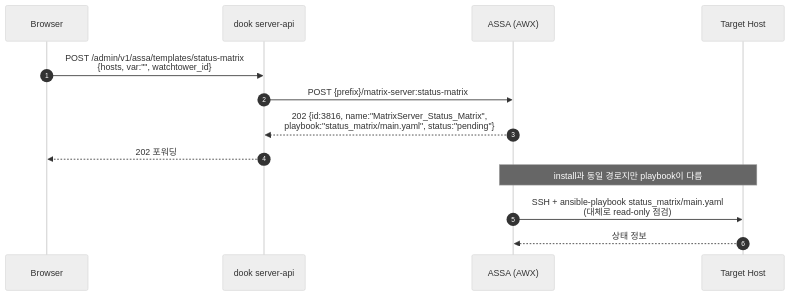
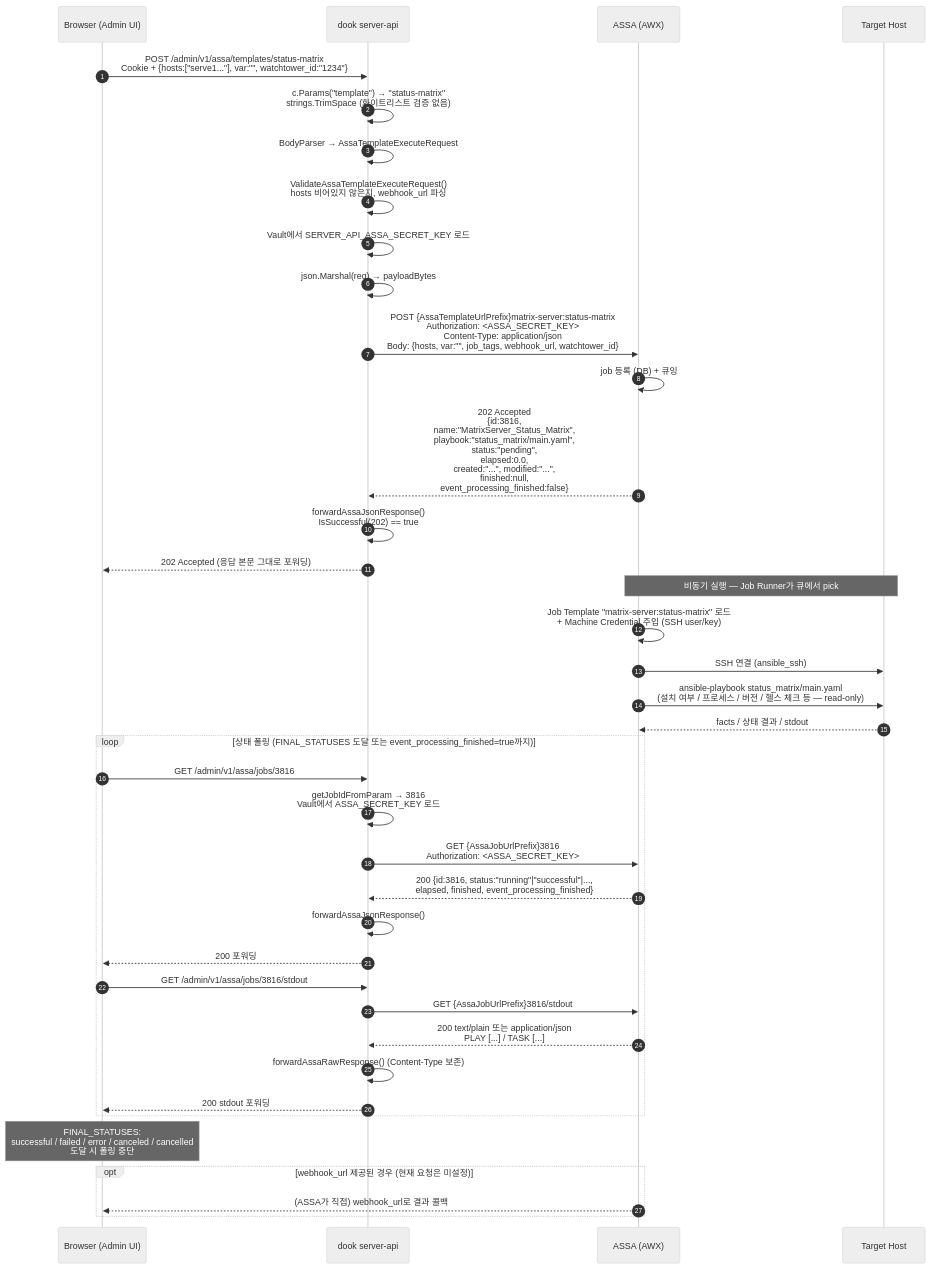
One commit to noah8719/other changed the third of 4 diagrams in matrix-template-execution.md. Above: the diagram before and after it, drawn with Mermaid (neutral theme). The commit also changed other lines of this file, not shown here.

````diff
--- a/matrix-template-execution.md
+++ b/matrix-template-execution.md
@@ -138,17 +138,47 @@
 ```mermaid
 sequenceDiagram
     autonumber
-    participant B as Browser
+    participant B as Browser (Admin UI)
     participant D as dook server-api
     participant A as ASSA (AWX)
     participant H as Target Host
 
-    B->>D: POST /admin/v1/assa/templates/status-matrix<br/>{hosts, var:"", watchtower_id}
-    D->>A: POST {prefix}/matrix-server:status-matrix
-    A-->>D: 202 {id:3816, name:"MatrixServer_Status_Matrix",<br/>playbook:"status_matrix/main.yaml", status:"pending"}
-    D-->>B: 202 포워딩
+    B->>D: POST /admin/v1/assa/templates/status-matrix<br/>Cookie + {hosts:["serve1..."], var:"", watchtower_id:"1234"}
+    D->>D: c.Params("template") → "status-matrix"<br/>strings.TrimSpace (화이트리스트 검증 없음)
+    D->>D: BodyParser → AssaTemplateExecuteRequest
+    D->>D: ValidateAssaTemplateExecuteRequest()<br/>hosts 비어있지 않은지, webhook_url 파싱
+    D->>D: Vault에서 SERVER_API_ASSA_SECRET_KEY 로드
+    D->>D: json.Marshal(req) → payloadBytes
+    D->>A: POST {AssaTemplateUrlPrefix}matrix-server:status-matrix<br/>Authorization: <ASSA_SECRET_KEY><br/>Content-Type: application/json<br/>Body: {hosts, var:"", job_tags, webhook_url, watchtower_id}
+    A->>A: job 등록 (DB) + 큐잉
+    A-->>D: 202 Accepted<br/>{id:3816,<br/> name:"MatrixServer_Status_Matrix",<br/> playbook:"status_matrix/main.yaml",<br/> status:"pending",<br/> elapsed:0.0,<br/> created:"...", modified:"...",<br/> finished:null,<br/> event_processing_finished:false}
+    D->>D: forwardAssaJsonResponse()<br/>IsSuccessful(202) == true
+    D-->>B: 202 Accepted (응답 본문 그대로 포워딩)
 
-    Note over A,H: install과 동일 경로지만 playbook이 다름
-    A->>H: SSH + ansible-playbook status_matrix/main.yaml<br/>(대체로 read-only 점검)
-    H-->>A: 상태 정보
+    Note over A,H: 비동기 실행 — Job Runner가 큐에서 pick
+    A->>A: Job Template "matrix-server:status-matrix" 로드<br/>+ Machine Credential 주입 (SSH user/key)
+    A->>H: SSH 연결 (ansible_ssh)
+    A->>H: ansible-playbook status_matrix/main.yaml<br/>(설치 여부 / 프로세스 / 버전 / 헬스 체크 등 — read-only)
+    H-->>A: facts / 상태 결과 / stdout
+
+    loop 상태 폴링 (FINAL_STATUSES 도달 또는 event_processing_finished=true까지)
+        B->>D: GET /admin/v1/assa/jobs/3816
+        D->>D: getJobIdFromParam → 3816<br/>Vault에서 ASSA_SECRET_KEY 로드
+        D->>A: GET {AssaJobUrlPrefix}3816<br/>Authorization: <ASSA_SECRET_KEY>
+        A-->>D: 200 {id:3816, status:"running"|"successful"|...,<br/> elapsed, finished, event_processing_finished}
+        D->>D: forwardAssaJsonResponse()
+        D-->>B: 200 포워딩
+
+        B->>D: GET /admin/v1/assa/jobs/3816/stdout
+        D->>A: GET {AssaJobUrlPrefix}3816/stdout
+        A-->>D: 200 text/plain 또는 application/json<br/>PLAY [...] / TASK [...]
+        D->>D: forwardAssaRawResponse() (Content-Type 보존)
+        D-->>B: 200 stdout 포워딩
+    end
+
+    Note over B: FINAL_STATUSES:<br/>successful / failed / error / canceled / cancelled<br/>도달 시 폴링 중단
+
+    opt webhook_url 제공된 경우 (현재 요청은 미설정)
+        A-->>B: (ASSA가 직접) webhook_url로 결과 콜백
+    end
 ```
````
